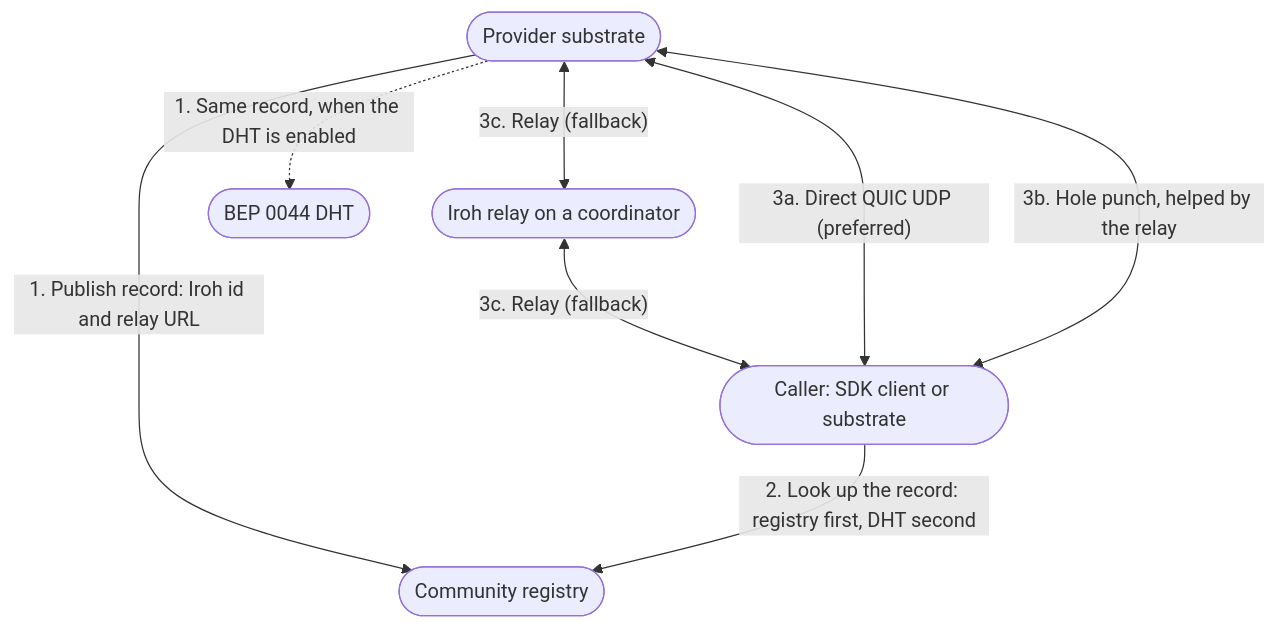
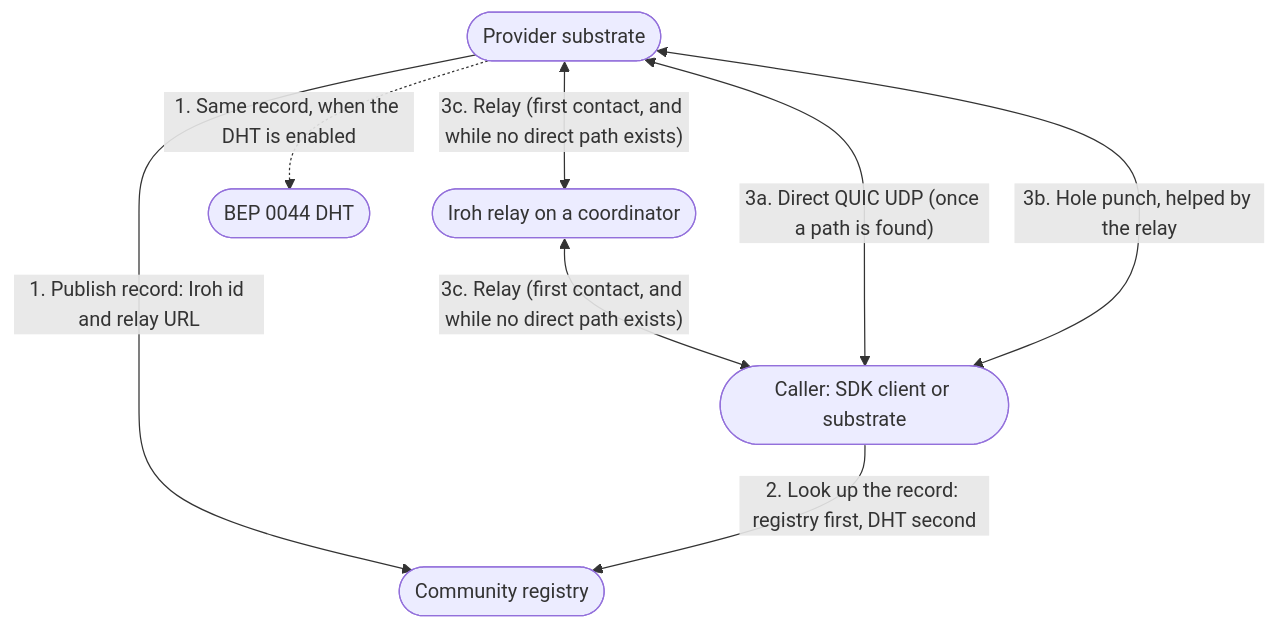
Before and after one commit to syneroym/syneroym: the third of 23 diagrams in docs/system-architecture.md, drawn with Mermaid. The commit also changed other lines of this file and 3 other files, not shown here.

First line of the commit message:
docs(architecture): fix stage 2 findings S9

````diff
--- a/docs/system-architecture.md
+++ b/docs/system-architecture.md
@@ -258,17 +258,17 @@
 ```mermaid
 flowchart TD
     A([Provider substrate])
     B([Caller: SDK client or substrate])
     R([Iroh relay on a coordinator])
     REG([Community registry])
     DHT([BEP 0044 DHT])
 
     A -->|"1. Publish record: Iroh id and relay URL"| REG
     A -.->|"1. Same record, when the DHT is enabled"| DHT
     B -->|"2. Look up the record: registry first, DHT second"| REG
 
-    B <-->|"3a. Direct QUIC UDP (preferred)"| A
+    B <-->|"3a. Direct QUIC UDP (once a path is found)"| A
     B <-->|"3b. Hole punch, helped by the relay"| A
-    A <-->|"3c. Relay (fallback)"| R
-    R <-->|"3c. Relay (fallback)"| B
+    A <-->|"3c. Relay (first contact, and while no direct path exists)"| R
+    R <-->|"3c. Relay (first contact, and while no direct path exists)"| B
 ```
````
